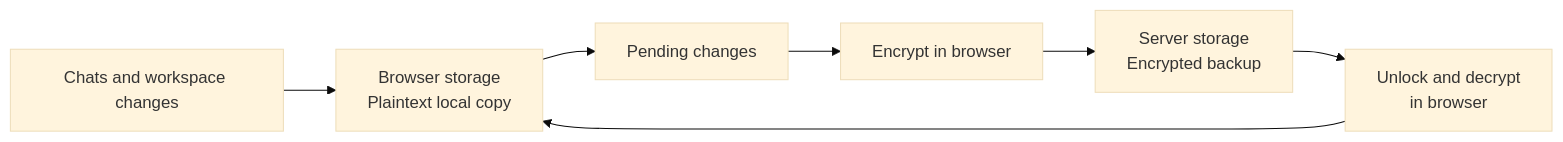
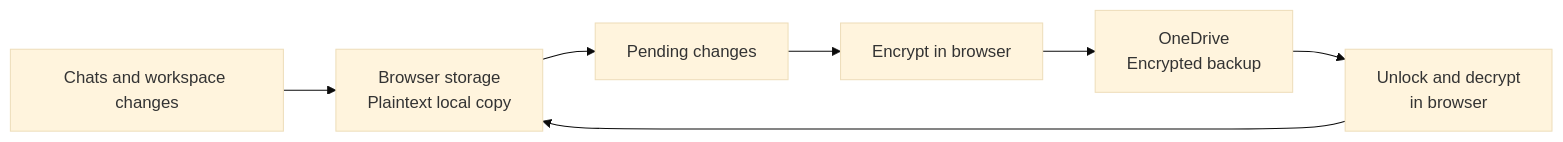
One commit to adrianliechti/wingman-chat changed the diagram in docs/backup.md. Above: the diagram before and after it, drawn with Mermaid (base theme). The commit also changed other lines of this file and 99 other files, not shown here.

````diff
--- a/docs/backup.md
+++ b/docs/backup.md
@@ -7,9 +7,9 @@
 ```mermaid
 flowchart LR
     A[Chats and workspace changes] --> B[Browser storage<br/>Plaintext local copy]
     B --> C[Pending changes]
     C --> D[Encrypt in browser]
-    D --> E[Server storage<br/>Encrypted backup]
+    D --> E[OneDrive<br/>Encrypted backup]
     E --> F[Unlock and decrypt<br/>in browser]
     F --> B
 ```
````
